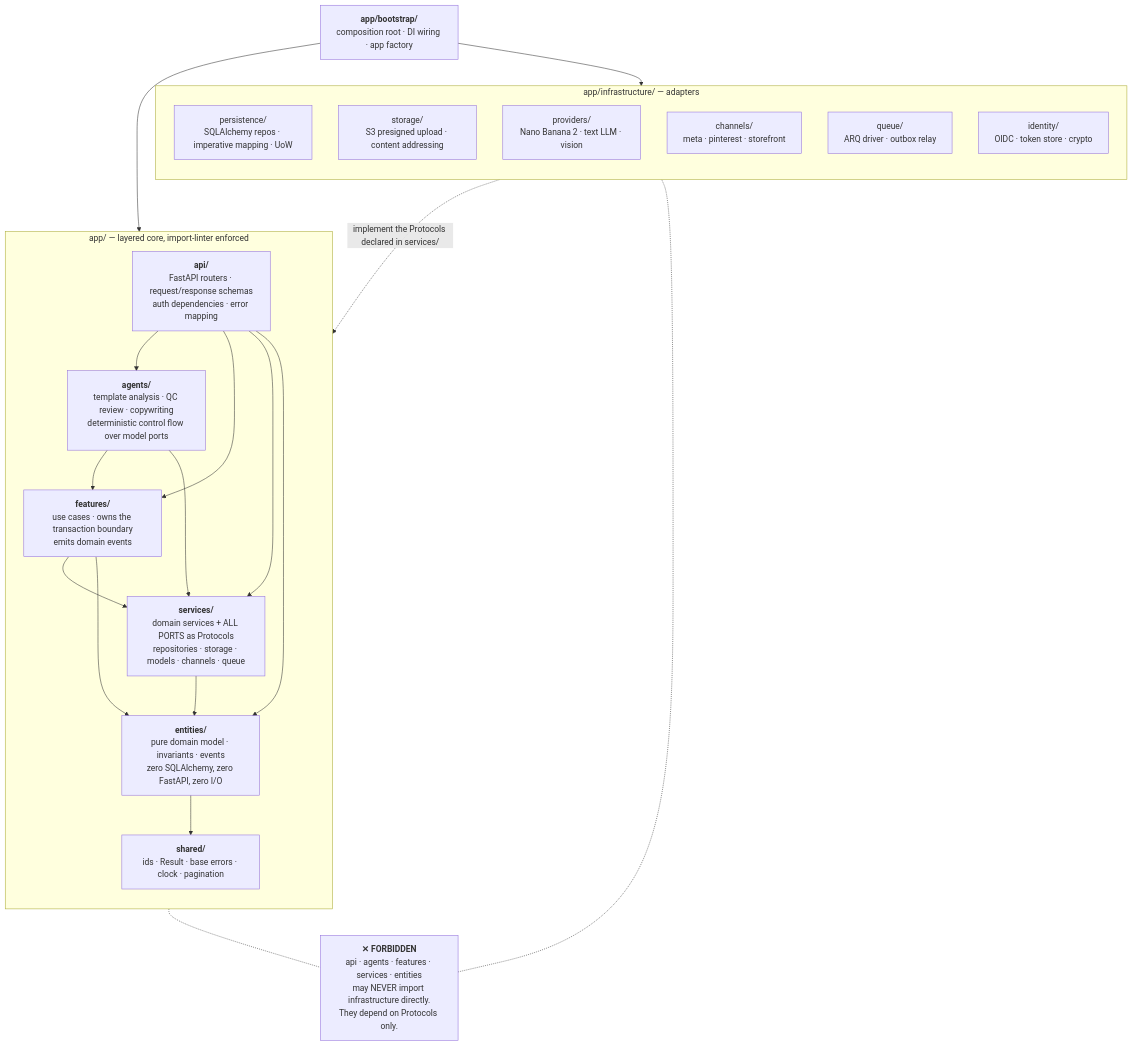
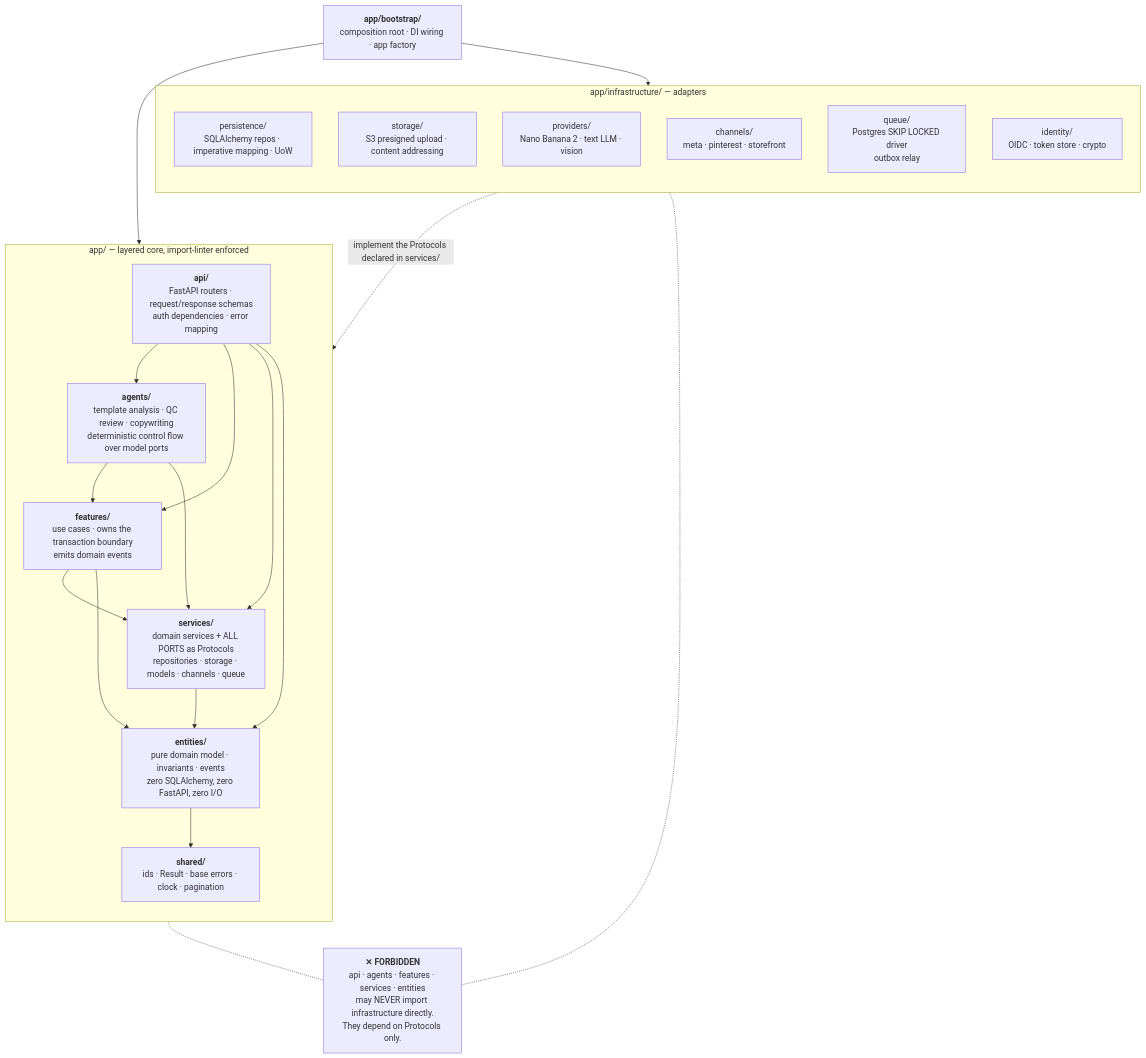
The seventh of 12 diagrams in docs/DIAGRAMS.md (Bharath-2002/softbox-ai), drawn with Mermaid before and after one commit. The commit also changed other lines of this file and 2 other files, not shown here.

Commit message:
docs: amend D19 to a Postgres-backed queue, dropping Redis from v1

````diff
--- a/docs/DIAGRAMS.md
+++ b/docs/DIAGRAMS.md
@@ -245,44 +245,44 @@
 ```mermaid
 flowchart TB
 
 subgraph CORE["app/ — layered core, import-linter enforced"]
   direction TB
   API["<b>api/</b><br/>FastAPI routers · request/response schemas<br/>auth dependencies · error mapping"]
   AG["<b>agents/</b><br/>template analysis · QC review · copywriting<br/>deterministic control flow over model ports"]
   FE["<b>features/</b><br/>use cases · owns the transaction boundary<br/>emits domain events"]
   SV["<b>services/</b><br/>domain services + ALL PORTS as Protocols<br/>repositories · storage · models · channels · queue"]
   EN["<b>entities/</b><br/>pure domain model · invariants · events<br/>zero SQLAlchemy, zero FastAPI, zero I/O"]
   SH["<b>shared/</b><br/>ids · Result · base errors · clock · pagination"]
 
   API --> AG
   AG --> FE
   FE --> SV
   SV --> EN
   EN --> SH
   API --> FE
   API --> SV
   API --> EN
   AG --> SV
   FE --> EN
 end
 
 subgraph INF["app/infrastructure/ — adapters"]
   direction TB
   I1["persistence/<br/>SQLAlchemy repos · imperative mapping · UoW"]
   I2["storage/<br/>S3 presigned upload · content addressing"]
   I3["providers/<br/>Nano Banana 2 · text LLM · vision"]
   I4["channels/<br/>meta · pinterest · storefront"]
-  I5["queue/<br/>ARQ driver · outbox relay"]
+  I5["queue/<br/>Postgres SKIP LOCKED driver<br/>outbox relay"]
   I6["identity/<br/>OIDC · token store · crypto"]
 end
 
 BS["<b>app/bootstrap/</b><br/>composition root · DI wiring · app factory"]
 
 BS --> INF
 BS --> API
 INF -. "implement the Protocols declared in services/" .-> SV
 
 FORBID["<b>✕ FORBIDDEN</b><br/>api · agents · features · services · entities<br/>may NEVER import infrastructure directly.<br/>They depend on Protocols only."]
 CORE -.- FORBID
 FORBID -.- INF
 ```
````
